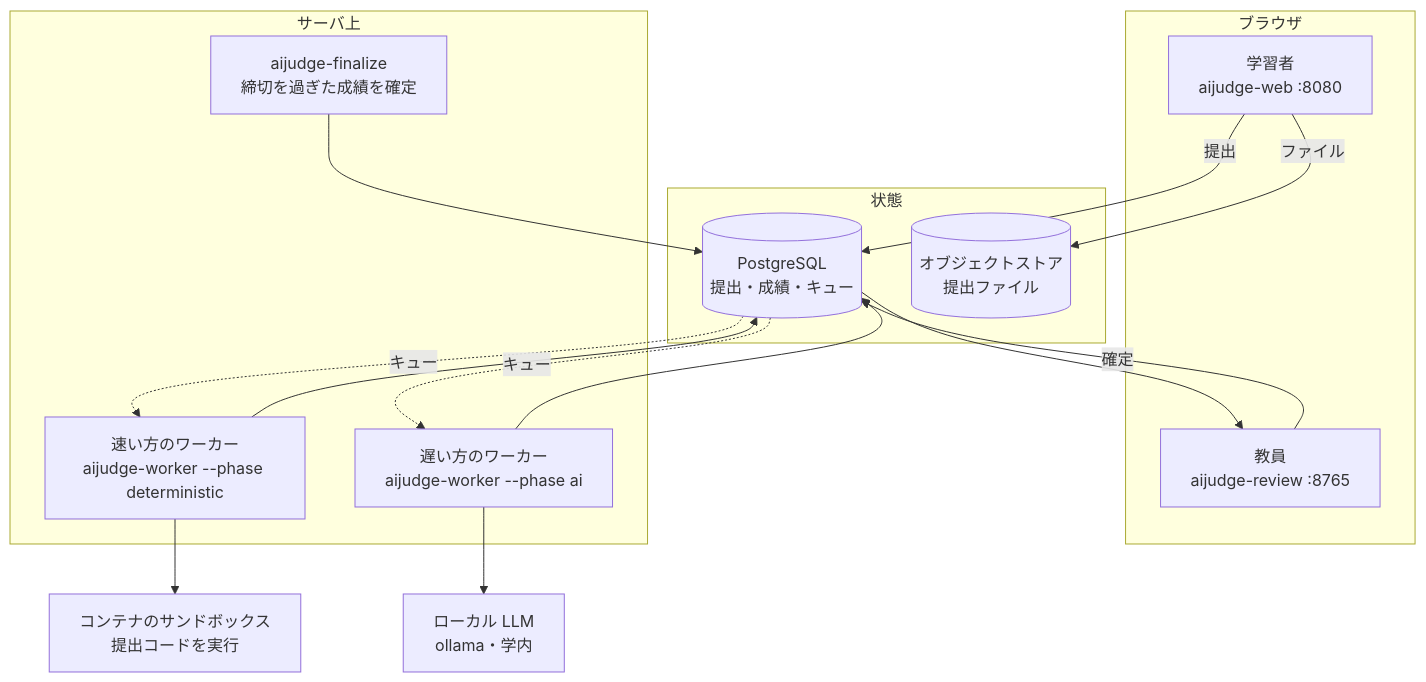
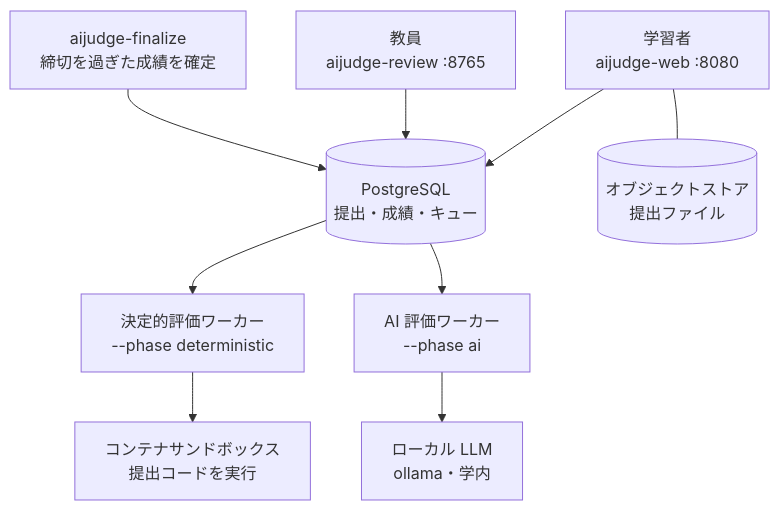
One commit to sanoakr/aijudge changed the first of 2 diagrams in README.ja.md. Above: the diagram before and after it, drawn with Mermaid. The commit also changed other lines of this file and 1 other file, not shown here.

First line of the commit message:
docs: fix stray spaces in the Japanese README, straighten the diagram, add the roadmap

````diff
--- a/README.ja.md
+++ b/README.ja.md
@@ -59,33 +45,26 @@
 ```mermaid
 flowchart TB
-    subgraph browser["ブラウザ"]
-        L["学習者<br/>aijudge-web :8080"]
-        I["教員<br/>aijudge-review :8765"]
-    end
+    L["学習者<br/>aijudge-web :8080"]
+    I["教員<br/>aijudge-review :8765"]
+    F["aijudge-finalize<br/>締切を過ぎた成績を確定"]
 
-    subgraph services["サーバ上"]
-        DW["速い方のワーカー<br/>aijudge-worker --phase deterministic"]
-        AW["遅い方のワーカー<br/>aijudge-worker --phase ai"]
-        F["aijudge-finalize<br/>締切を過ぎた成績を確定"]
-    end
+    DB[("PostgreSQL<br/>提出・成績・キュー")]
+    S[("オブジェクトストア<br/>提出ファイル")]
 
-    subgraph stores["状態"]
-        DB[("PostgreSQL<br/>提出・成績・キュー")]
-        S[("オブジェクトストア<br/>提出ファイル")]
-    end
+    DW["決定的評価ワーカー<br/>--phase deterministic"]
+    AW["AI 評価ワーカー<br/>--phase ai"]
 
-    SB["コンテナのサンドボックス<br/>提出コードを実行"]
+    SB["コンテナサンドボックス<br/>提出コードを実行"]
     LLM["ローカル LLM<br/>ollama・学内"]
 
-    L -->|提出| DB
-    L -->|ファイル| S
-    DB -.->|キュー| DW
-    DB -.->|キュー| AW
+    L --- S
+    L --> DB
+    I --> DB
+    F --> DB
+
+    DB --> DW
+    DB --> AW
+
     DW --> SB
     AW --> LLM
-    DW --> DB
-    AW --> DB
-    DB --> I
-    I -->|確定| DB
-    F --> DB
 ```
````
